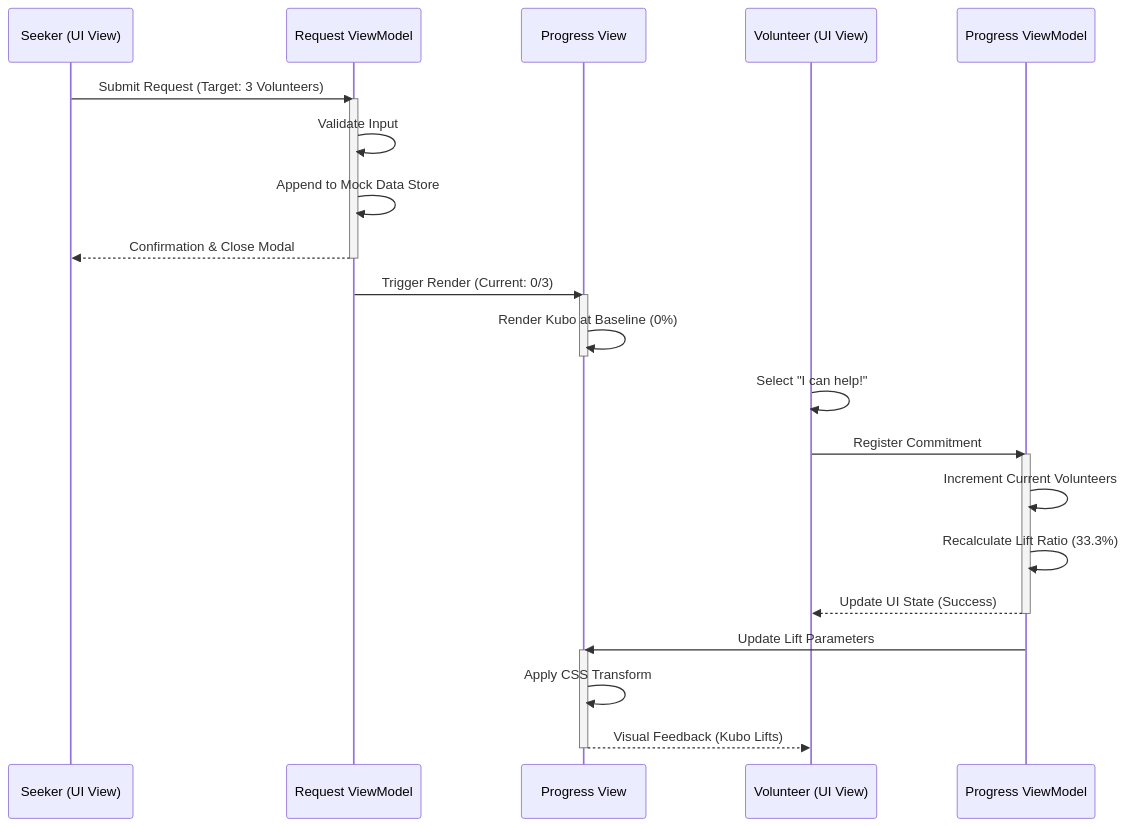
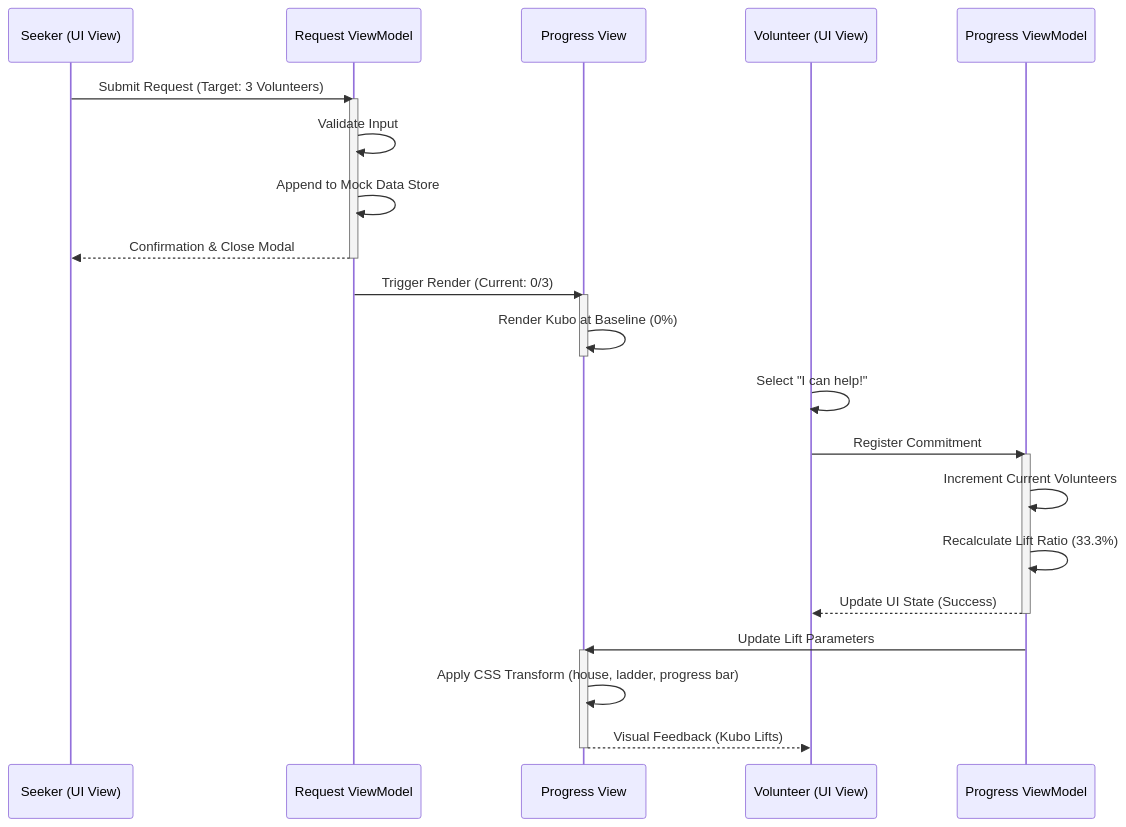
Before and after one commit to askeladddddd/bayanihanboard_group5: the first of 2 diagrams in README.md, drawn with Mermaid. The commit also changed other lines of this file and 48 other files, not shown here.

````diff
--- a/README.md
+++ b/README.md
@@ -26,34 +26,34 @@
 ```mermaid
 sequenceDiagram
     participant S as Seeker (UI View)
     participant RVM as Request ViewModel
     participant PV as Progress View
     participant V as Volunteer (UI View)
     participant PVM as Progress ViewModel
 
     S->>RVM: Submit Request (Target: 3 Volunteers)
     activate RVM
     RVM->>RVM: Validate Input
     RVM->>RVM: Append to Mock Data Store
     RVM-->>S: Confirmation & Close Modal
     deactivate RVM
 
     RVM->>PV: Trigger Render (Current: 0/3)
     activate PV
     PV->>PV: Render Kubo at Baseline (0%)
     deactivate PV
 
     V->>V: Select "I can help!"
     V->>PVM: Register Commitment
     activate PVM
     PVM->>PVM: Increment Current Volunteers
     PVM->>PVM: Recalculate Lift Ratio (33.3%)
     PVM-->>V: Update UI State (Success)
     deactivate PVM
 
     PVM->>PV: Update Lift Parameters
     activate PV
-    PV->>PV: Apply CSS Transform
+    PV->>PV: Apply CSS Transform (house, ladder, progress bar)
     PV-->>V: Visual Feedback (Kubo Lifts)
     deactivate PV
 ```
````
